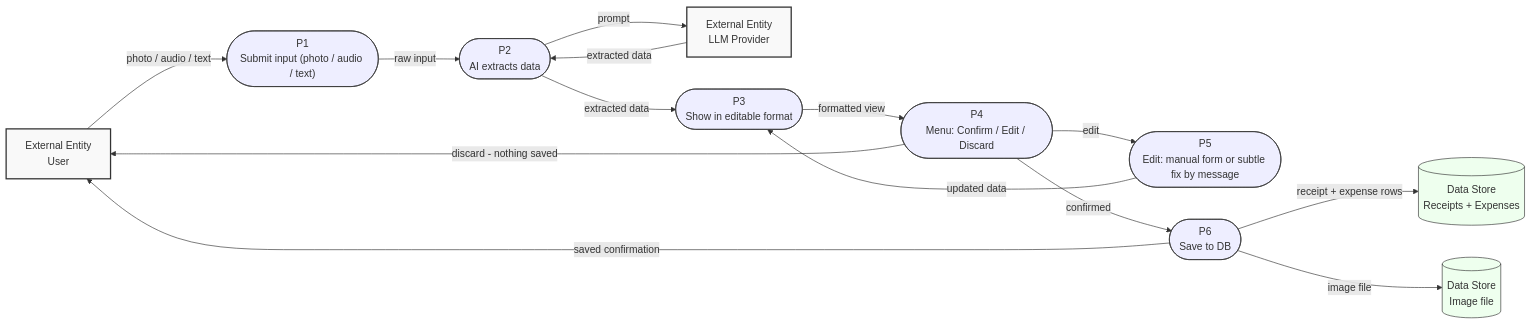
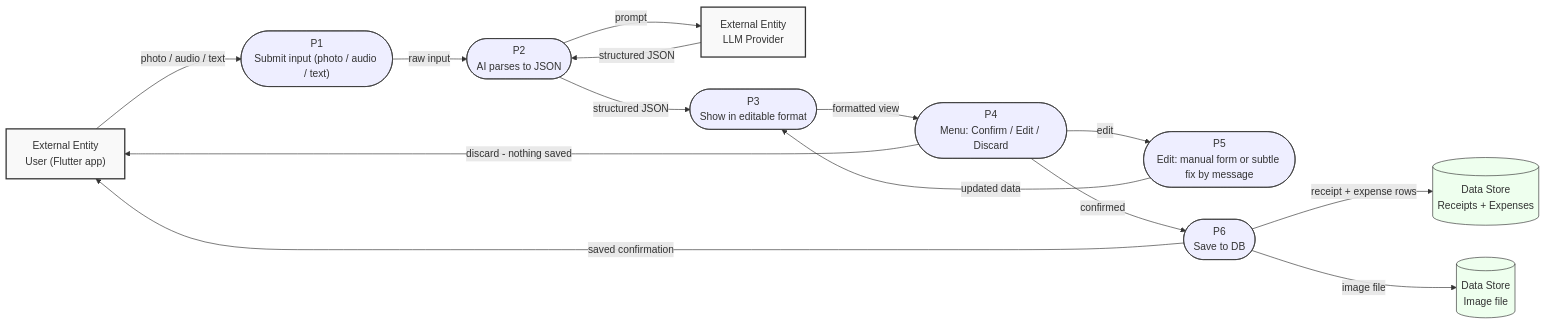
Before and after one commit to NullCorvus/finance-ai: the third of 4 diagrams in docs/ARCHITECTURE.md, drawn with Mermaid. The commit also changed other lines of this file and 24 other files, not shown here.

````diff
--- a/docs/ARCHITECTURE.md
+++ b/docs/ARCHITECTURE.md
@@ -104,31 +111,31 @@
 ```mermaid
 flowchart LR
-    User["External Entity<br/>User"]:::entity
+    User["External Entity<br/>User (Flutter app)"]:::entity
     LLM["External Entity<br/>LLM Provider"]:::entity
     P1(["P1<br/>Submit input (photo / audio / text)"]):::process
-    P2(["P2<br/>AI extracts data"]):::process
+    P2(["P2<br/>AI parses to JSON"]):::process
     P3(["P3<br/>Show in editable format"]):::process
     P4(["P4<br/>Menu: Confirm / Edit / Discard"]):::process
     P5(["P5<br/>Edit: manual form or subtle fix by message"]):::process
     P6(["P6<br/>Save to DB"]):::process
     D1[("Data Store<br/>Receipts + Expenses")]:::store
     D2[("Data Store<br/>Image file")]:::store
 
     User -->|"photo / audio / text"| P1
     P1 -->|"raw input"| P2
     P2 -->|"prompt"| LLM
-    LLM -->|"extracted data"| P2
-    P2 -->|"extracted data"| P3
+    LLM -->|"structured JSON"| P2
+    P2 -->|"structured JSON"| P3
     P3 -->|"formatted view"| P4
     P4 -->|"edit"| P5
     P5 -->|"updated data"| P3
     P4 -->|"discard - nothing saved"| User
     P4 -->|"confirmed"| P6
     P6 -->|"receipt + expense rows"| D1
     P6 -->|"image file"| D2
     P6 -->|"saved confirmation"| User
 
     classDef entity fill:#f9f9f9,stroke:#333,stroke-width:2px;
     classDef process fill:#eef,stroke:#333;
     classDef store fill:#efe,stroke:#333;
 ```
````
